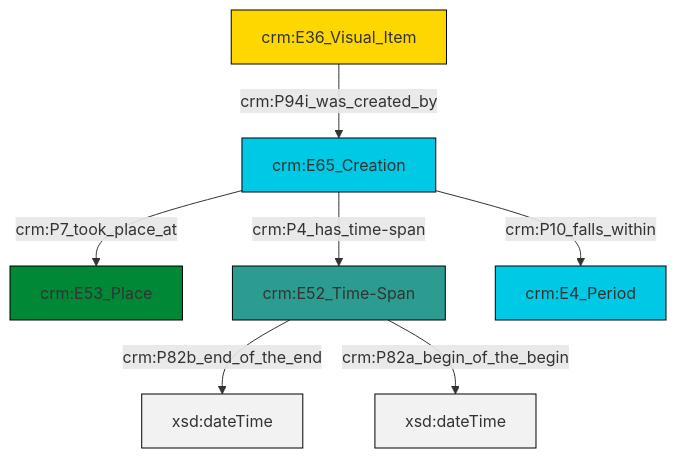
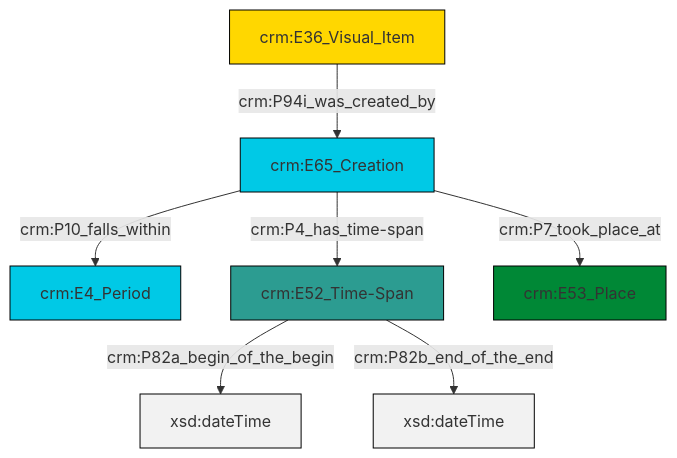
The diagram in et/imgCSV/ttl/mmd/img_existence.ttl.mmd (swiss-art-research-net/docs.swissartresearch), drawn with Mermaid before and after one commit. The commit also changed 211 other files, not shown here.

```diff
--- a/et/imgCSV/ttl/mmd/img_existence.ttl.mmd
+++ b/et/imgCSV/ttl/mmd/img_existence.ttl.mmd
@@ -1,21 +1,21 @@
 graph TD
 classDef Literal fill:#f2f2f2,stroke:#000000;
 classDef CRM_Entity fill:#FFFFFF,stroke:#000000;
 classDef Temporal_Entity fill:#00C9E6, stroke:#000000;
 classDef Type fill:#E18312, stroke:#000000;
 classDef Time-Span fill:#2C9C91, stroke:#000000;
 classDef Appellation fill:#FFEB7F, stroke:#000000;
 classDef Place fill:#008836, stroke:#000000;
 classDef Persistent_Item fill:#B266B2, stroke:#000000;
 classDef Conceptual_Object fill:#FFD700, stroke:#000000;
 classDef Physical_Thing fill:#D2B48C, stroke:#000000;
 classDef Actor fill:#f58aad, stroke:#000000;
 classDef PC_Classes fill:#4ce600, stroke:#000000;
 classDef Multi fill:#cccccc,stroke:#000000;
 
-2["crm:E36_Visual_Item"]:::Conceptual_Object -->|crm:P94i_was_created_by| 3["crm:E65_Creation"]:::Temporal_Entity
-3["crm:E65_Creation"]:::Temporal_Entity -->|crm:P4_has_time-span| 4["crm:E52_Time-Span"]:::Time-Span
-3["crm:E65_Creation"]:::Temporal_Entity -->|crm:P7_took_place_at| 0["crm:E53_Place"]:::Place
-4["crm:E52_Time-Span"]:::Time-Span -->|crm:P82b_end_of_the_end| 6[xsd:dateTime]:::Literal
-3["crm:E65_Creation"]:::Temporal_Entity -->|crm:P10_falls_within| 8["crm:E4_Period"]:::Temporal_Entity
-4["crm:E52_Time-Span"]:::Time-Span -->|crm:P82a_begin_of_the_begin| 11[xsd:dateTime]:::Literal
+0["crm:E65_Creation"]:::Temporal_Entity -->|crm:P10_falls_within| 1["crm:E4_Period"]:::Temporal_Entity
+0["crm:E65_Creation"]:::Temporal_Entity -->|crm:P4_has_time-span| 2["crm:E52_Time-Span"]:::Time-Span
+0["crm:E65_Creation"]:::Temporal_Entity -->|crm:P7_took_place_at| 6["crm:E53_Place"]:::Place
+2["crm:E52_Time-Span"]:::Time-Span -->|crm:P82a_begin_of_the_begin| 7[xsd:dateTime]:::Literal
+3["crm:E36_Visual_Item"]:::Conceptual_Object -->|crm:P94i_was_created_by| 0["crm:E65_Creation"]:::Temporal_Entity
+2["crm:E52_Time-Span"]:::Time-Span -->|crm:P82b_end_of_the_end| 11[xsd:dateTime]:::Literal
```
